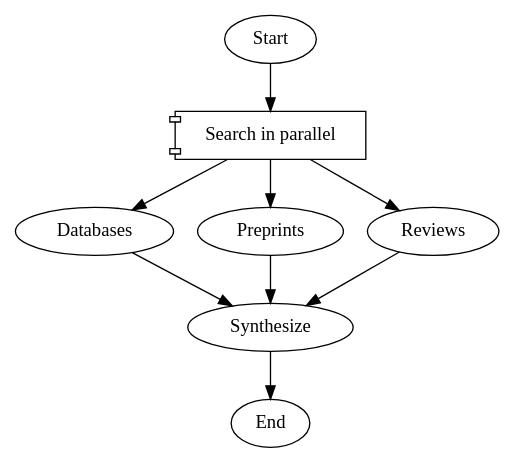
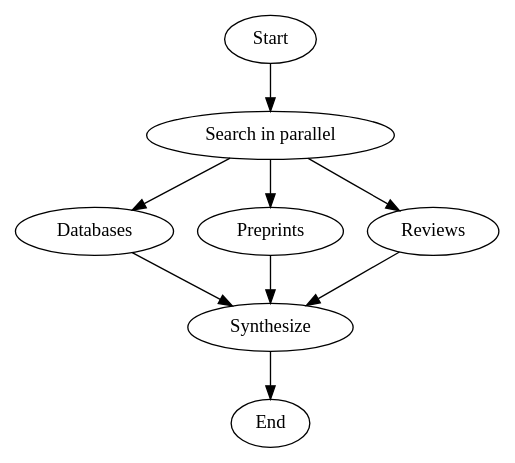
One commit to stencila/stencila changed diagram 22 of 26 in site/docs/workflows/pipelines.md. Above: the diagram before and after it, drawn with Graphviz. The commit also changed other lines of this file and 5 other files, not shown here.

First line of the commit message:
feat(attractor): add `FanIn` node ID prefix sugar for `shape=tripleoctagon`

````diff
--- a/site/docs/workflows/pipelines.md
+++ b/site/docs/workflows/pipelines.md
@@ -734,24 +736,24 @@
 ```dot
 digraph ParallelReview {
   graph [goal="Comprehensive literature review on machine learning in genomics"]
 
   Start -> FanOut
 
-  FanOut [shape=component, label="Search in parallel"]
+  FanOut [label="Search in parallel"]
   FanOut -> Databases
   FanOut -> Preprints
   FanOut -> Reviews
 
   Databases [prompt="Search published databases (PubMed, Scopus) for: $goal"]
   Databases -> Synthesize
 
   Preprints [prompt="Search preprint servers (bioRxiv, arXiv) for: $goal"]
   Preprints -> Synthesize
 
   Reviews [prompt="Search existing review articles for: $goal"]
   Reviews -> Synthesize
 
   Synthesize [prompt="Synthesize findings across all sources into a unified review"]
   Synthesize -> End
 }
 ```
````
